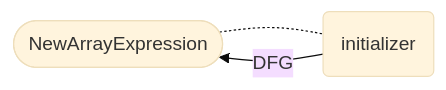
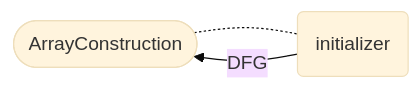
One commit to Fraunhofer-AISEC/cpg changed the ninth of 40 diagrams in docs/docs/CPG/specs/dfg.md. Above: the diagram before and after it, drawn with Mermaid (base theme). The commit also changed other lines of this file and 403 other files, not shown here.

````diff
--- a/docs/docs/CPG/specs/dfg.md
+++ b/docs/docs/CPG/specs/dfg.md
@@ -164,5 +164,5 @@
   ```mermaid
   flowchart LR
-    node([NewArrayExpression]) -.- initializer(initializer)
+    node([ArrayConstruction]) -.- initializer(initializer)
     initializer -- DFG --> node
   ```
````
